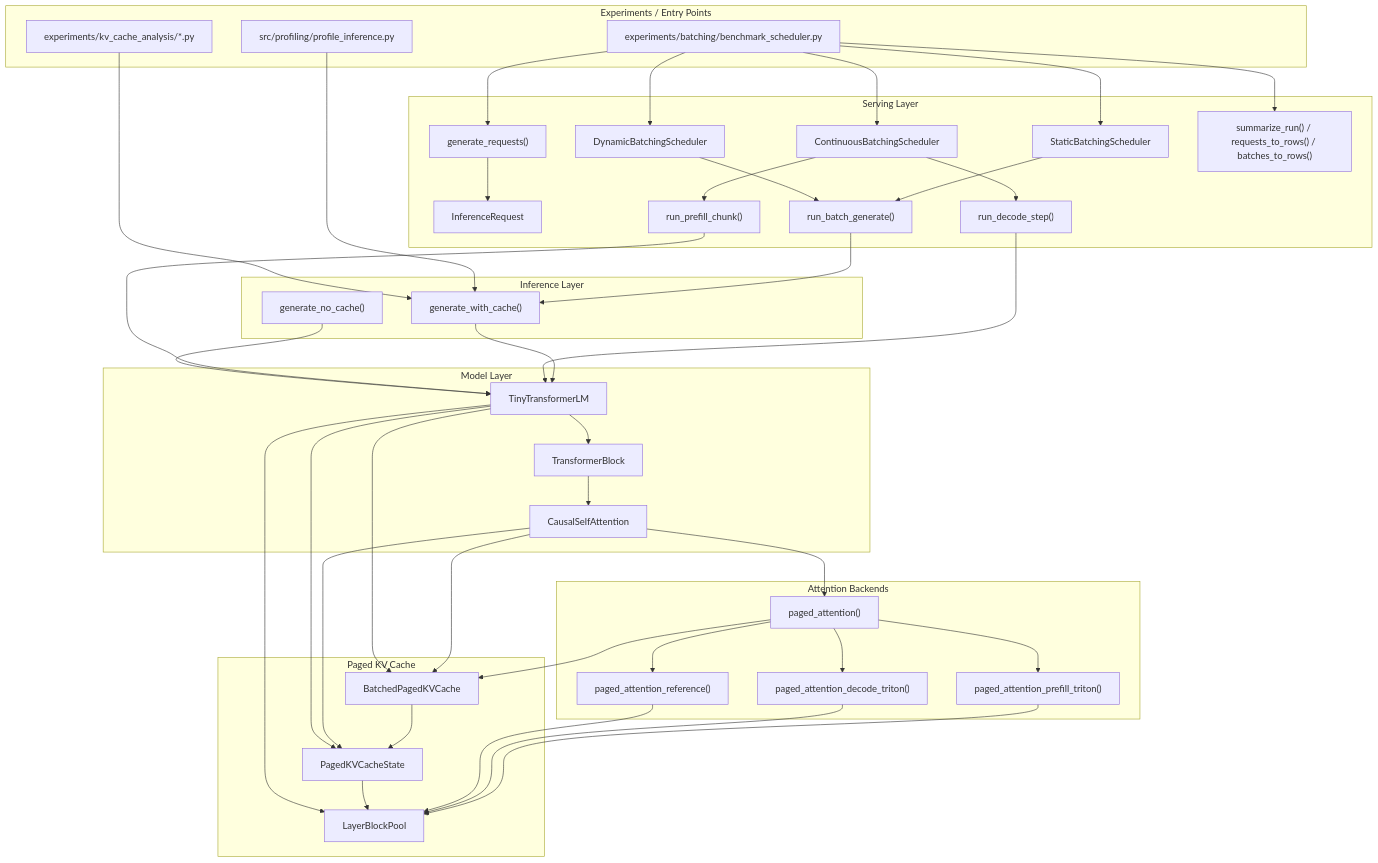
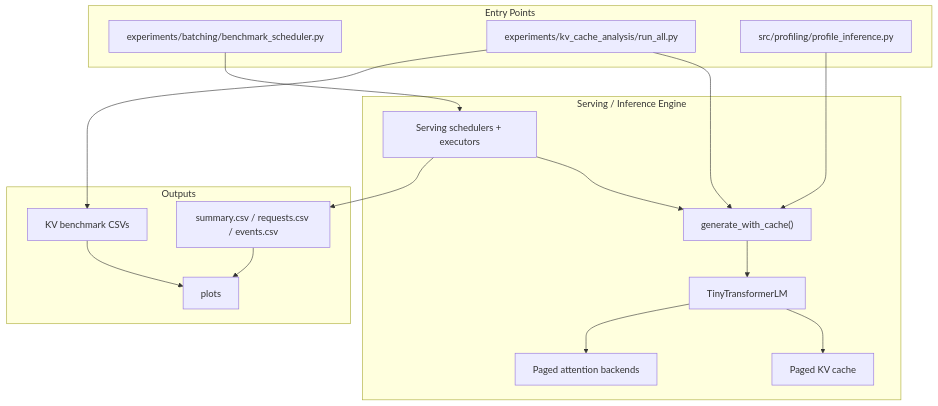
The first of 8 diagrams in diagram_preview.md (jacobzhang22/efficient-inference-system), drawn with Mermaid before and after one commit. The commit also changed other lines of this file, not shown here.

Commit message:
new diagrams

````diff
--- a/diagram_preview.md
+++ b/diagram_preview.md
@@ -5,90 +7,36 @@
 ```mermaid
 flowchart TD
-  subgraph EXP["Experiments / Entry Points"]
-    Bench["experiments/batching/benchmark_scheduler.py"]
-    KVExp["experiments/kv_cache_analysis/*.py"]
-    Profile["src/profiling/profile_inference.py"]
+  subgraph ENTRY["Entry Points"]
+    B1["experiments/batching/benchmark_scheduler.py"]
+    B2["experiments/kv_cache_analysis/run_all.py"]
+    B3["src/profiling/profile_inference.py"]
   end
 
-  subgraph SERVE["Serving Layer"]
-    LoadGen["generate_requests()"]
-    Req["InferenceRequest"]
-    Dyn["DynamicBatchingScheduler"]
-    Stat["StaticBatchingScheduler"]
-    Cont["ContinuousBatchingScheduler"]
-    BatchExec["run_batch_generate()"]
-    PrefillExec["run_prefill_chunk()"]
-    DecodeExec["run_decode_step()"]
-    Metrics["summarize_run() / requests_to_rows() / batches_to_rows()"]
+  subgraph ENGINE["Serving / Inference Engine"]
+    S1["Serving schedulers + executors"]
+    S2["generate_with_cache()"]
+    S3["TinyTransformerLM"]
+    S4["Paged KV cache"]
+    S5["Paged attention backends"]
   end
 
-  subgraph INF["Inference Layer"]
-    GenCache["generate_with_cache()"]
-    GenNoCache["generate_no_cache()"]
+  subgraph OUT["Outputs"]
+    O1["summary.csv / requests.csv / events.csv"]
+    O2["KV benchmark CSVs"]
+    O3["plots"]
   end
 
-  subgraph MODEL["Model Layer"]
-    LM["TinyTransformerLM"]
-    Block["TransformerBlock"]
-    Attn["CausalSelfAttention"]
-  end
+  B1 --> S1
+  B2 --> S2
+  B3 --> S2
 
-  subgraph CACHE["Paged KV Cache"]
-    Pool["LayerBlockPool"]
-    State["PagedKVCacheState"]
-    BState["BatchedPagedKVCache"]
-  end
+  S1 --> S2
+  S2 --> S3
+  S3 --> S4
+  S3 --> S5
 
-  subgraph KERNELS["Attention Backends"]
-    Dispatch["paged_attention()"]
-    Ref["paged_attention_reference()"]
-    TriDec["paged_attention_decode_triton()"]
-    TriPre["paged_attention_prefill_triton()"]
-  end
-
-  Bench --> LoadGen
-  Bench --> Dyn
-  Bench --> Stat
-  Bench --> Cont
-  Bench --> Metrics
-
-  KVExp --> GenCache
-  Profile --> GenCache
-  GenNoCache --> LM
-
-  LoadGen --> Req
-
-  Dyn --> BatchExec
-  Stat --> BatchExec
-  Cont --> PrefillExec
-  Cont --> DecodeExec
-
-  BatchExec --> GenCache
-  PrefillExec --> LM
-  DecodeExec --> LM
-
-  GenCache --> LM
-
-  LM --> Block
-  Block --> Attn
-
-  LM --> Pool
-  LM --> State
-  LM --> BState
-
-  Attn --> BState
-  Attn --> State
-  Attn --> Dispatch
-
-  BState --> State
-  State --> Pool
-
-  Dispatch --> Ref
-  Dispatch --> TriDec
-  Dispatch --> TriPre
-  Dispatch --> BState
-
-  Ref --> Pool
-  TriDec --> Pool
-  TriPre --> Pool
+  S1 --> O1
+  B2 --> O2
+  O1 --> O3
+  O2 --> O3
 ```
````
